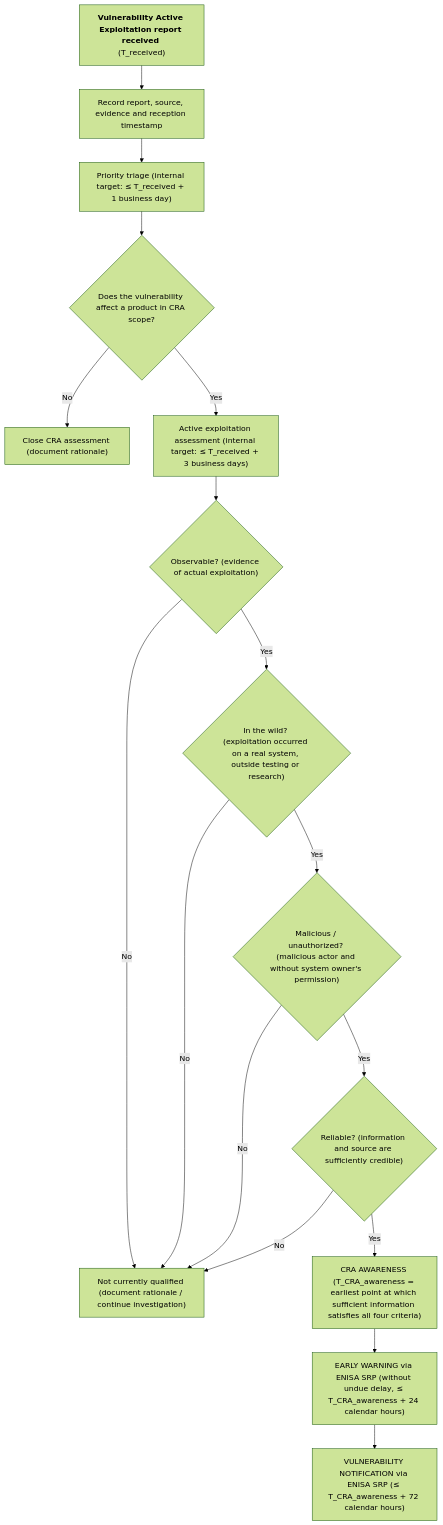
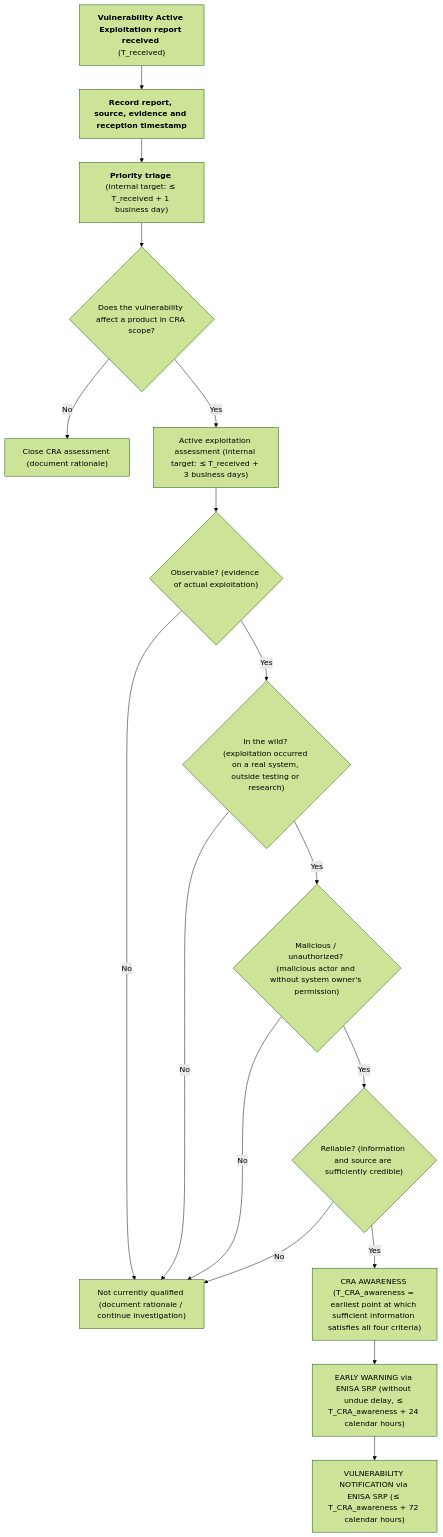
Before and after one commit to rfoucard/cra-fast-track: the diagram in templates/actively-exploited-vulnerability-process.md, drawn with Mermaid (forest theme).

````diff
--- a/templates/actively-exploited-vulnerability-process.md
+++ b/templates/actively-exploited-vulnerability-process.md
@@ -15,31 +15,31 @@
 ```mermaid
 flowchart TD
 
-    A["<strong>Vulnerability Active Exploitation report received</strong> \n(T_received)"] --> B["Record report, source, evidence and reception timestamp"]
+    A["<strong>Vulnerability Active Exploitation report received</strong> \n(T_received)"] --> B["<strong>Record report, source, evidence and reception timestamp</strong>"]
 
-    B --> C["Priority triage (internal target: ≤ T_received + 1 business day)"]
+    B --> C["<strong>Priority triage</strong> \n(internal target: ≤ T_received + 1 business day)"]
 
     C --> D{"Does the vulnerability affect a product in CRA scope?"}
 
     D -- "No" --> X["Close CRA assessment (document rationale)"]
 
     D -- "Yes" --> E["Active exploitation assessment (internal target: ≤ T_received + 3 business days)"]
 
     E --> F{"Observable? (evidence of actual exploitation)"}
 
     F -- "No" --> Y["Not currently qualified (document rationale / continue investigation)"]
     F -- "Yes" --> G{"In the wild? (exploitation occurred on a real system, outside testing or research)"}
 
     G -- "No" --> Y
     G -- "Yes" --> H{"Malicious / unauthorized? (malicious actor and without system owner's permission)"}
 
     H -- "No" --> Y
     H -- "Yes" --> I{"Reliable? (information and source are sufficiently credible)"}
 
     I -- "No" --> Y
     I -- "Yes" --> L["CRA AWARENESS (T_CRA_awareness = earliest point at which sufficient information satisfies all four criteria)"]
 
     L --> M["EARLY WARNING via ENISA SRP (without undue delay, ≤ T_CRA_awareness + 24 calendar hours)"]
 
     M --> N["VULNERABILITY NOTIFICATION via ENISA SRP (≤ T_CRA_awareness + 72 calendar hours)"]
 ```
````
